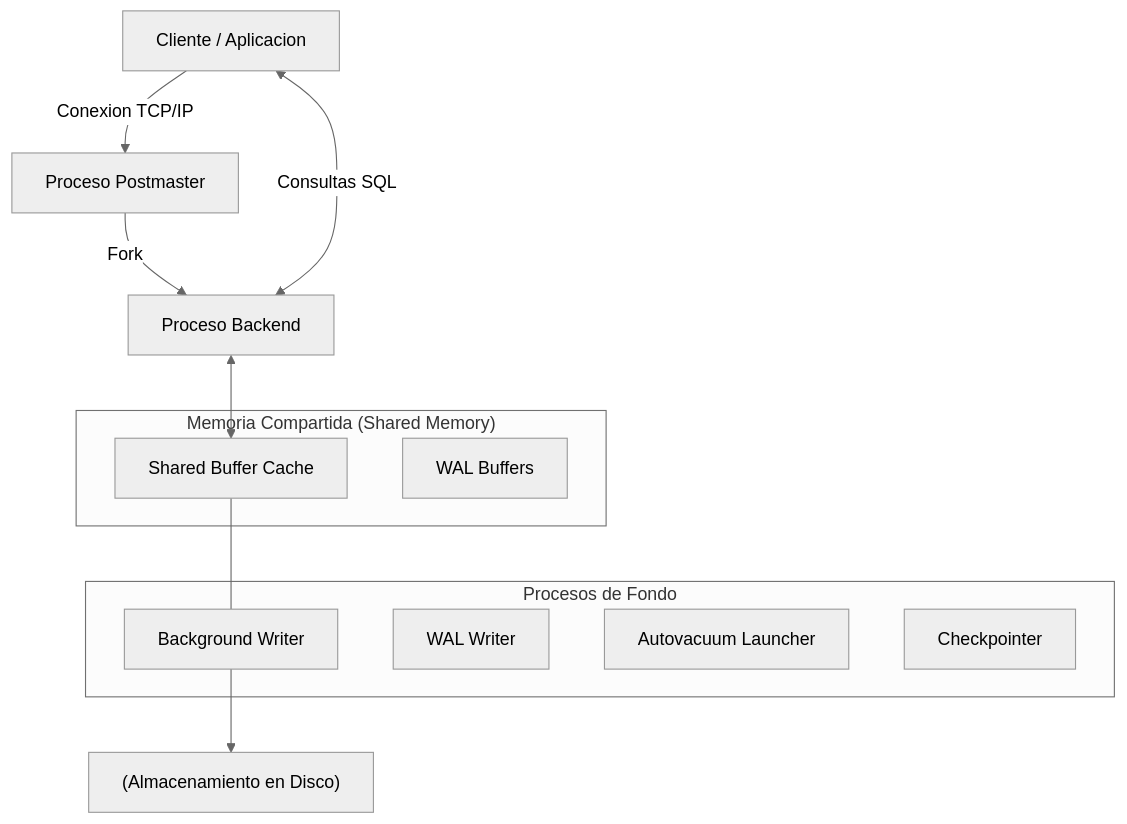
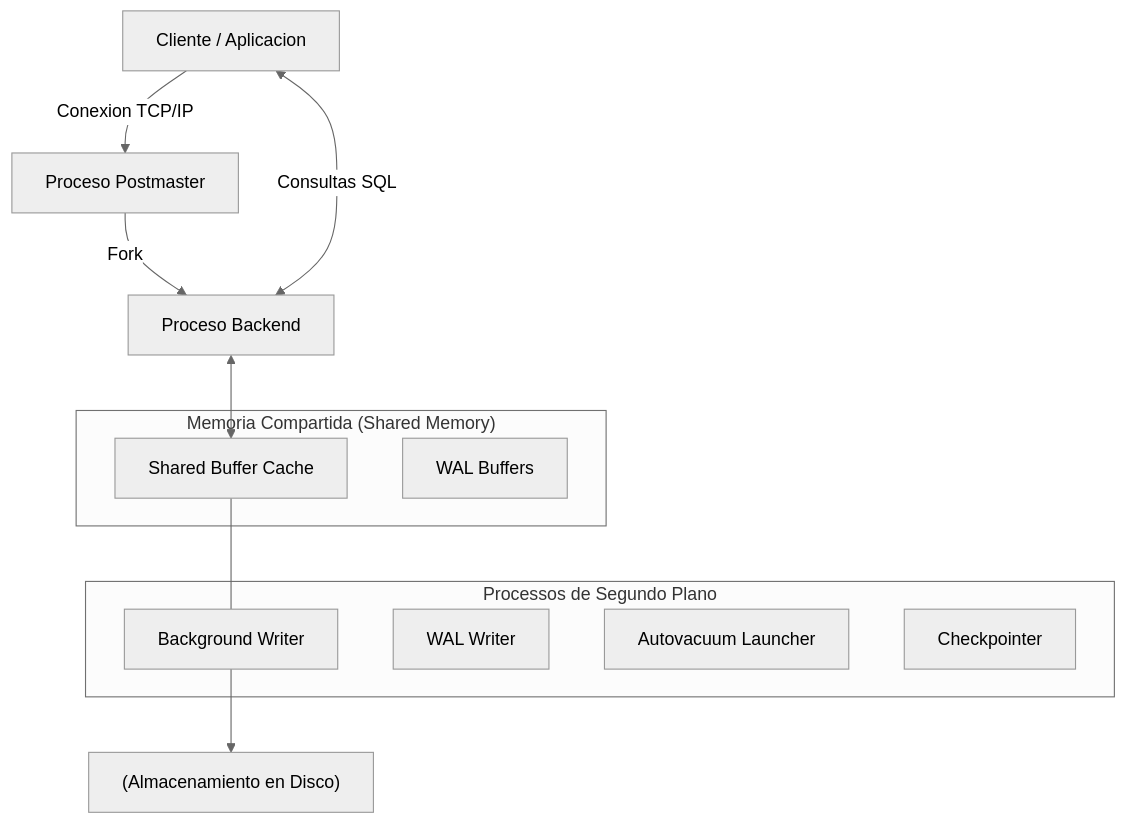
One commit to gjpierp/nmergeia changed the diagram in public/docs/pt/postgres_inicial.md. Above: the diagram before and after it, drawn with Mermaid (neutral theme). The commit also changed other lines of this file and 230 other files, not shown here.

````diff
--- a/public/docs/pt/postgres_inicial.md
+++ b/public/docs/pt/postgres_inicial.md
@@ -11,19 +11,19 @@
 ```mermaid
 flowchart TD
 Client["Cliente / Aplicacion"] -->|"Conexion TCP/IP"| Postmaster["Proceso Postmaster"]
 Postmaster -->|"Fork"| Backend["Proceso Backend"]
 Client <-->|"Consultas SQL"| Backend
 subgraph sub_1 ["Memoria Compartida (Shared Memory)"]
 BufferCache["Shared Buffer Cache"]
 WALBuffer["WAL Buffers"]
 end
 Backend <--> BufferCache
-subgraph sub_2 ["Procesos de Fondo"]
+subgraph sub_2 ["Processos de Segundo Plano"]
 Writer["Background Writer"]
 WALWriter["WAL Writer"]
 Autovacuum["Autovacuum Launcher"]
 Checkpointer["Checkpointer"]
 end
 BufferCache --- Writer
 Writer --> Disco["(Almacenamiento en Disco)"]
 ```
````
